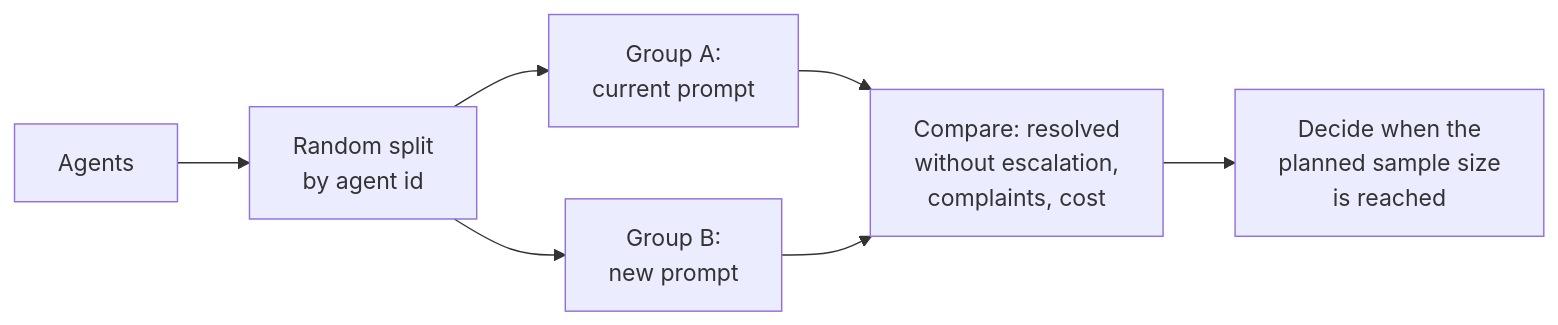
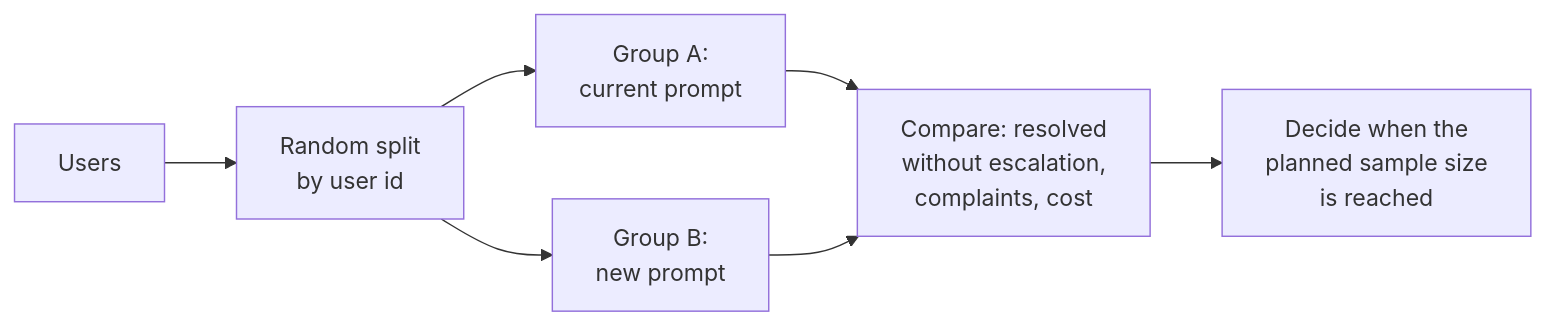
Before and after one commit to shubamchaudhary/CodeNITW: the sixth of 6 diagrams in src/Data/aiStackDocs/CH-09.md, drawn with Mermaid. The commit also changed other lines of this file and 32 other files, not shown here.

````diff
--- a/src/Data/aiStackDocs/CH-09.md
+++ b/src/Data/aiStackDocs/CH-09.md
@@ -120,9 +120,9 @@
 ```mermaid
 flowchart LR
-    U["Agents"] --> SPL["Random split<br/>by agent id"]
+    U["Users"] --> SPL["Random split<br/>by user id"]
     SPL --> A["Group A:<br/>current prompt"]
     SPL --> B["Group B:<br/>new prompt"]
     A --> M["Compare: resolved<br/>without escalation,<br/>complaints, cost"]
     B --> M
     M --> D["Decide when the<br/>planned sample size<br/>is reached"]
 ```
````
